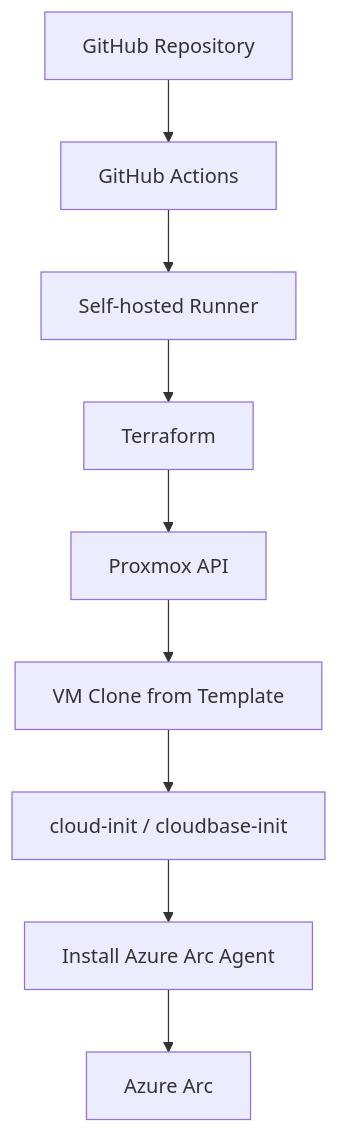
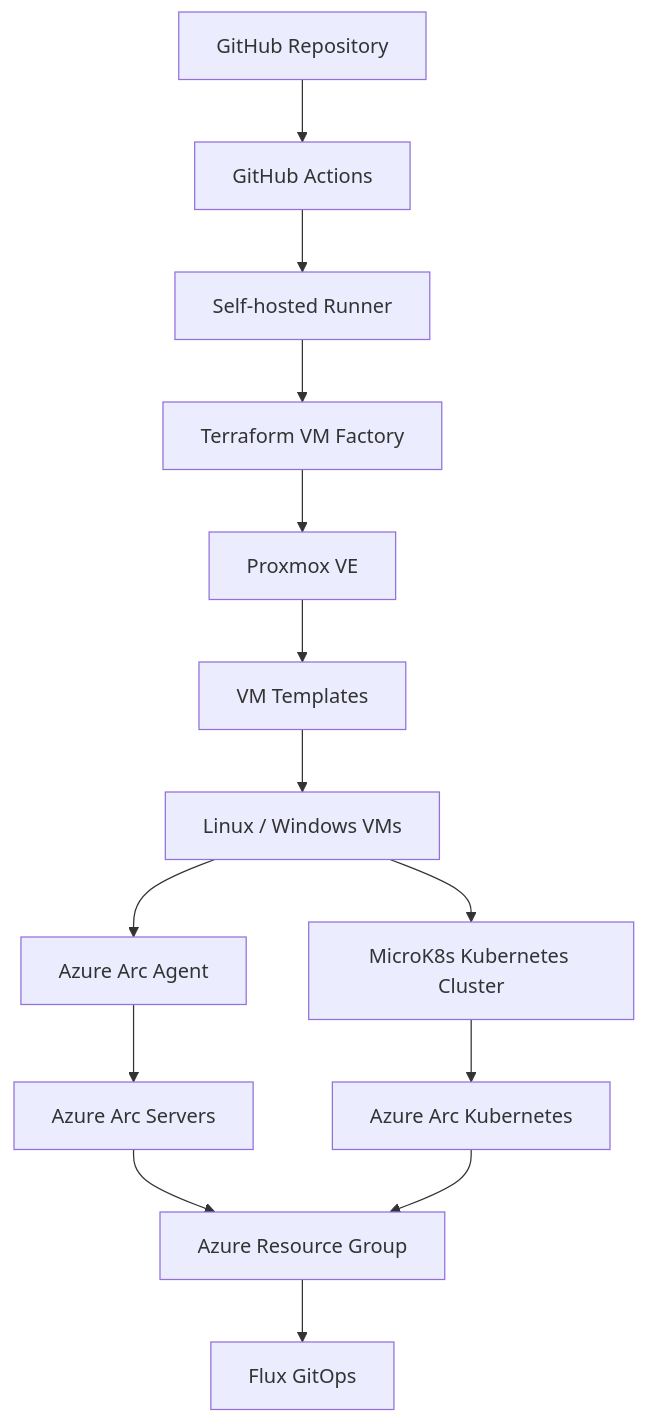
One commit to johnhh-dev/proxmox-multios-vm-factory changed the diagram in README.md. Above: the diagram before and after it, drawn with Mermaid. The commit also changed other lines of this file, not shown here.

````diff
--- a/README.md
+++ b/README.md
@@ -12,15 +17,23 @@
 ```mermaid
 flowchart TD
 
 A[GitHub Repository] --> B[GitHub Actions]
 B --> C[Self-hosted Runner]
-C --> D[Terraform]
+C --> D[Terraform VM Factory]
 
-D --> E[Proxmox API]
-E --> F[VM Clone from Template]
+D --> E[Proxmox VE]
+E --> F[VM Templates]
 
-F --> G[cloud-init / cloudbase-init]
-G --> H[Install Azure Arc Agent]
-H --> I[Azure Arc]
+F --> G[Linux / Windows VMs]
+G --> H[MicroK8s Kubernetes Cluster]
 
+G --> I[Azure Arc Agent]
+H --> J[Azure Arc Kubernetes]
+
+I --> K[Azure Arc Servers]
+
+K --> L[Azure Resource Group]
+J --> L
+
+L --> M[Flux GitOps]
 ```
````
